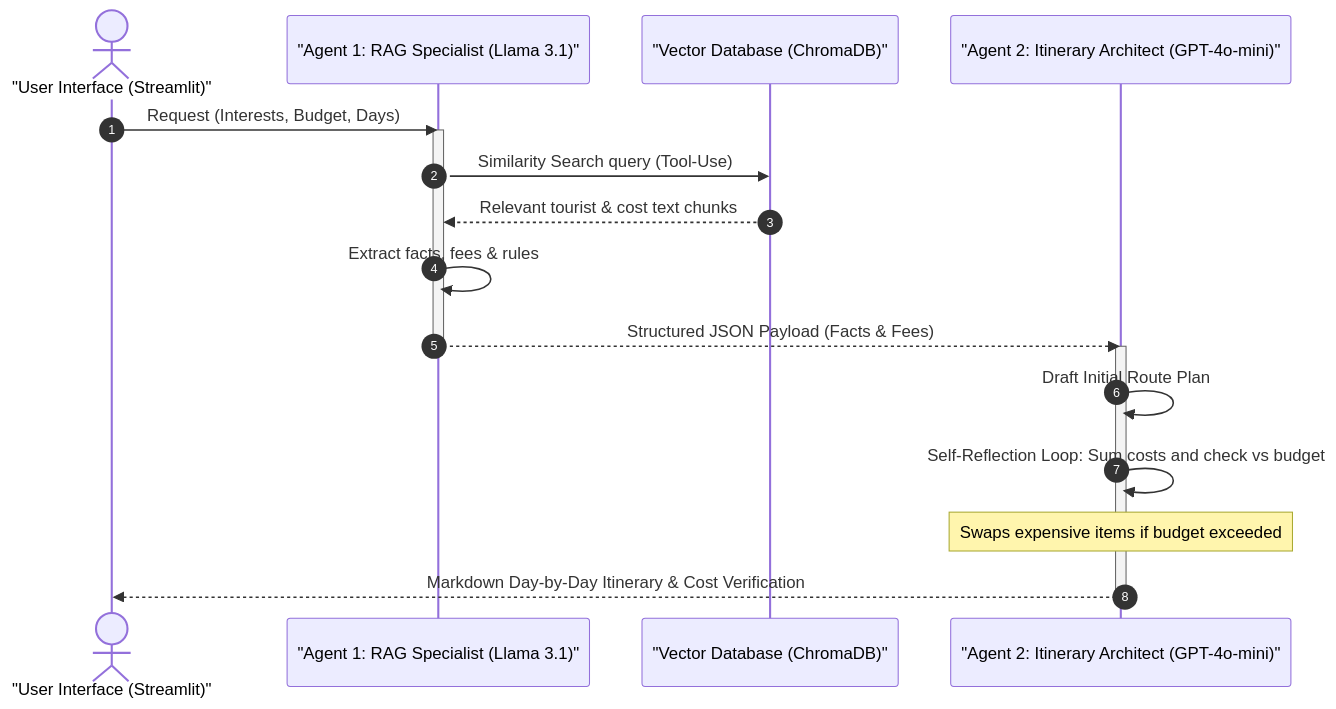
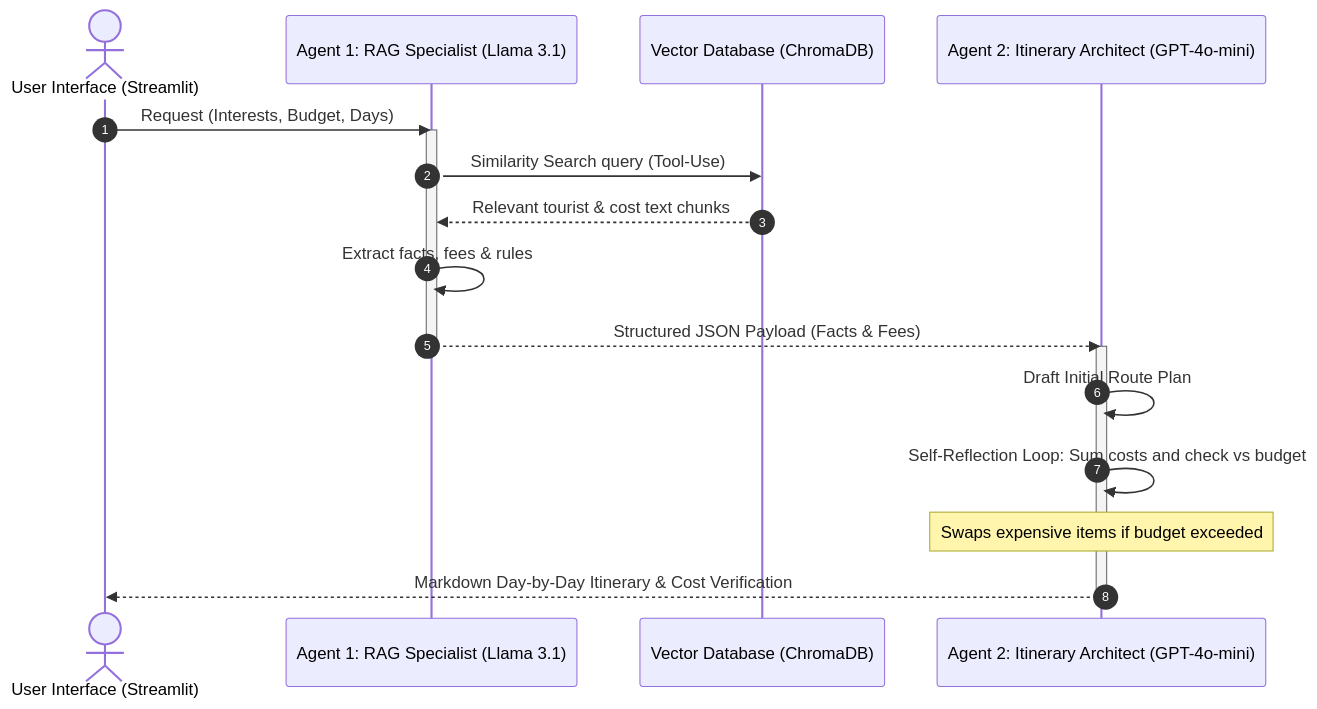
Before and after one commit to E-Dasun-Manjitha/sl-heritage-travel-planner: the diagram in README.md, drawn with Mermaid. The commit also changed other lines of this file, not shown here.

Commit message:
docs: add verified live streamlit cloud URL to README

````diff
--- a/README.md
+++ b/README.md
@@ -13,22 +19,22 @@
 ```mermaid
 sequenceDiagram
     autonumber
-    actor User as "User Interface (Streamlit)"
-    participant A1 as "Agent 1: RAG Specialist (Llama 3.1)"
-    participant DB as "Vector Database (ChromaDB)"
-    participant A2 as "Agent 2: Itinerary Architect (GPT-4o-mini)"
+    actor User as User Interface (Streamlit)
+    participant A1 as Agent 1: RAG Specialist (Llama 3.1)
+    participant DB as Vector Database (ChromaDB)
+    participant A2 as Agent 2: Itinerary Architect (GPT-4o-mini)
 
     User->>A1: Request (Interests, Budget, Days)
     activate A1
     A1->>DB: Similarity Search query (Tool-Use)
     DB-->>A1: Relevant tourist & cost text chunks
     A1->>A1: Extract facts, fees & rules
     A1-->>A2: Structured JSON Payload (Facts & Fees)
     deactivate A1
     activate A2
     A2->>A2: Draft Initial Route Plan
     A2->>A2: Self-Reflection Loop: Sum costs and check vs budget
     Note over A2: Swaps expensive items if budget exceeded
     A2-->>User: Markdown Day-by-Day Itinerary & Cost Verification
     deactivate A2
 ```
````
